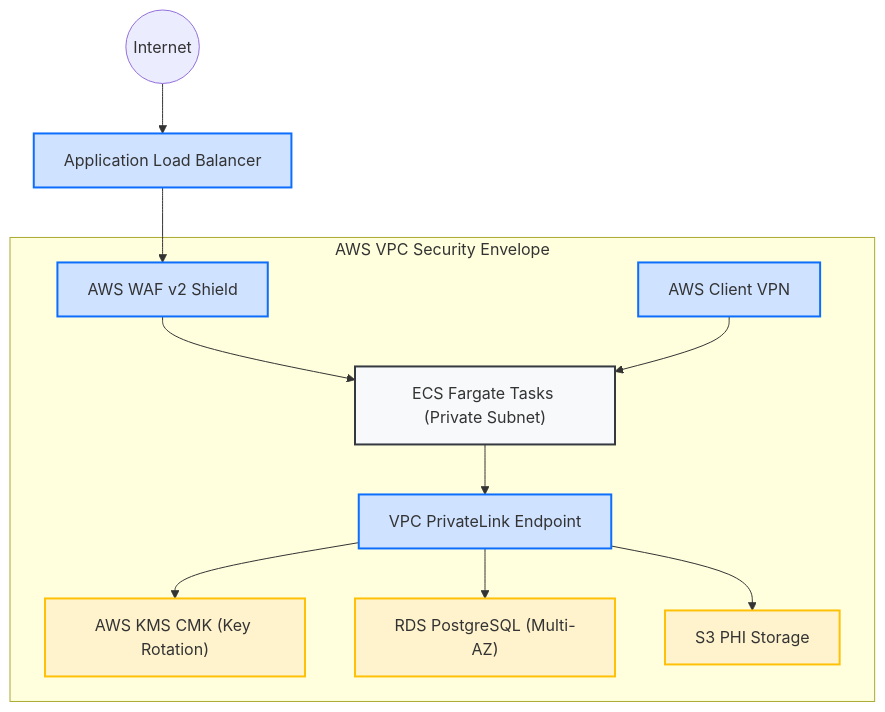
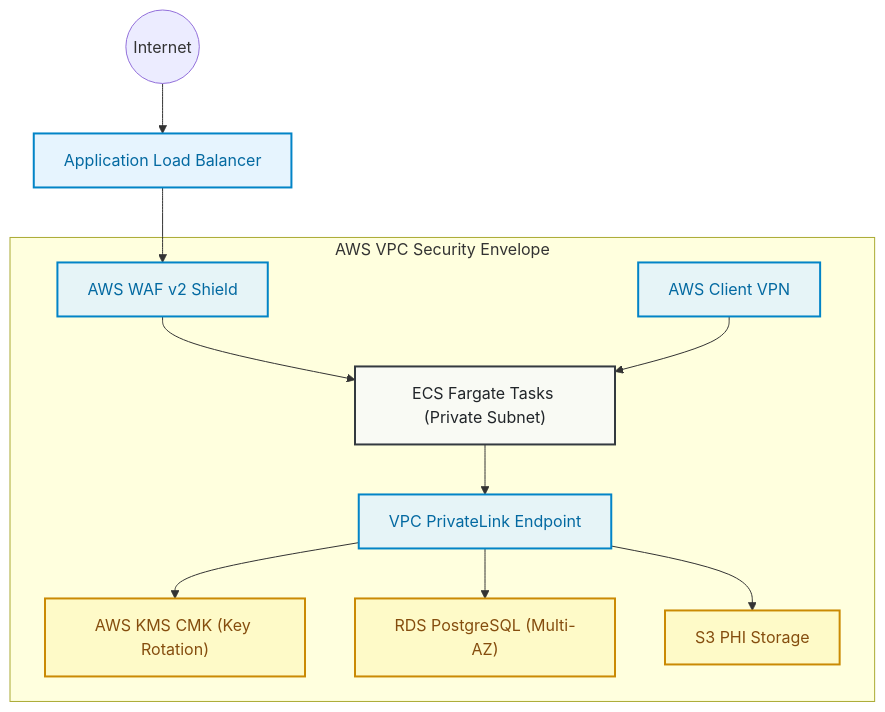
Before and after one commit to drjseifu3003/hipaa-stack: the diagram in README.md, drawn with Mermaid. The commit also changed 1 other file, not shown here.

Commit message:
Style: Adjust Mermaid diagram classes in README and compliance mapping for readability and high color contrast

````diff
--- a/README.md
+++ b/README.md
@@ -13,18 +13,18 @@
 ```mermaid
 graph TD
-    classDef main fill:#f8f9fa,stroke:#343a40,stroke-width:2px;
-    classDef shield fill:#cfe2ff,stroke:#0d6efd,stroke-width:2px;
-    classDef key fill:#fff3cd,stroke:#ffc107,stroke-width:2px;
+    classDef main fill:#f8f9facc,stroke:#343a40,stroke-width:2px,color:#212529;
+    classDef shield fill:#e0f2fecc,stroke:#0284c7,stroke-width:2px,color:#0369a1;
+    classDef key fill:#fef9c3cc,stroke:#ca8a04,stroke-width:2px,color:#854d0e;
     
     Internet((Internet)) --> ALB["Application Load Balancer"]:::shield
     ALB --> WAF["AWS WAF v2 Shield"]:::shield
     
     subgraph VPC ["AWS VPC Security Envelope"]
         WAF --> AppCompute["ECS Fargate Tasks (Private Subnet)"]:::main
         VPN["AWS Client VPN"]:::shield --> AppCompute
         AppCompute --> PrivateLink["VPC PrivateLink Endpoint"]:::shield
         PrivateLink --> KMS["AWS KMS CMK (Key Rotation)"]:::key
         PrivateLink --> RDS["RDS PostgreSQL (Multi-AZ)"]:::key
         PrivateLink --> S3["S3 PHI Storage"]:::key
     end
 ```
````
